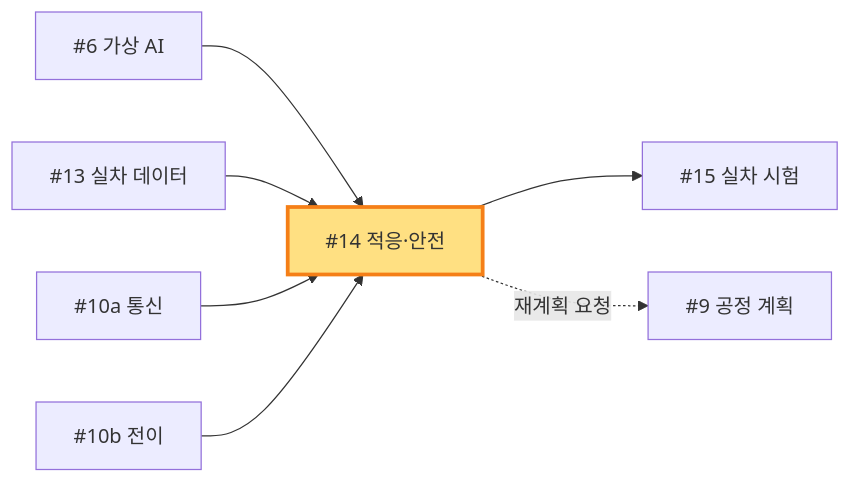
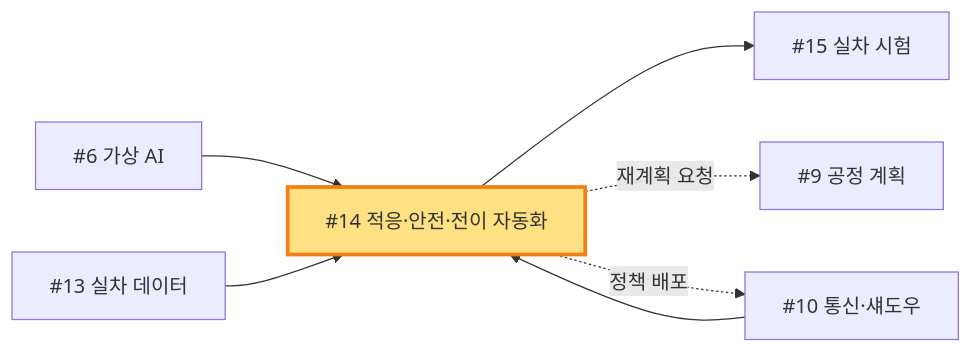
One commit to rebirther00/report changed diagram 14 of 15 in 11. DT/항목별_연계_다이어그램_v1.md. Above: the diagram before and after it, drawn with Mermaid. The commit also changed other lines of this file and 4 other files, not shown here.

````diff
--- a/11. DT/항목별_연계_다이어그램_v1.md
+++ b/11. DT/항목별_연계_다이어그램_v1.md
@@ -336,12 +320,12 @@
 ```mermaid
 graph LR
     I6[#6 가상 AI] --> X
     I13[#13 실차 데이터] --> X
-    I10a[#10a 통신] --> X
-    I10b[#10b 전이] --> X
+    I10[#10 통신·섀도우] --> X
     
-    X[#14 적응·안전] --> I15[#15 실차 시험]
+    X[#14 적응·안전·전이 자동화] --> I15[#15 실차 시험]
     X -.재계획 요청.-> I9[#9 공정 계획]
+    X -.정책 배포.-> I10
     
     style X fill:#FFE082,stroke:#F57F17,stroke-width:3px
 ```
````
